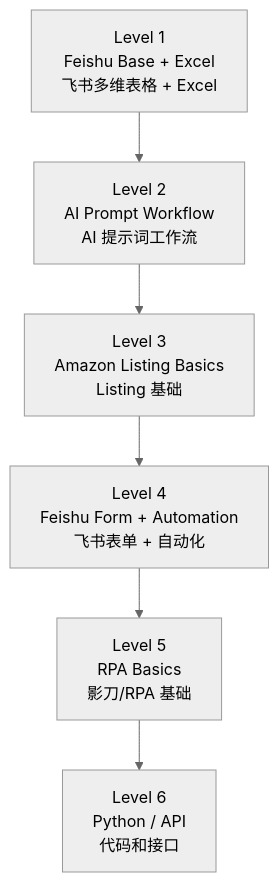
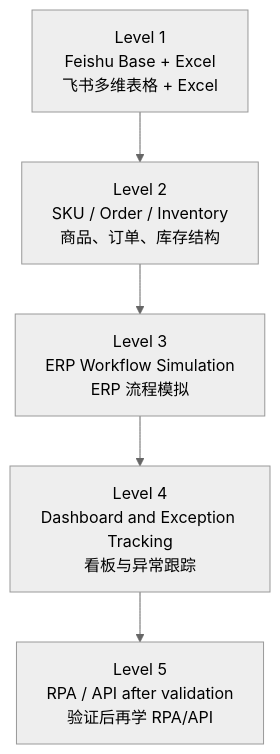
One commit to sai5585wo/work-plan changed the second of 3 diagrams in task-plans/01-overall-roadmap.md. Above: the diagram before and after it, drawn with Mermaid (neutral theme). The commit also changed other lines of this file and 7 other files, not shown here.

Commit message:
Update ERP workflow learning progress

````diff
--- a/task-plans/01-overall-roadmap.md
+++ b/task-plans/01-overall-roadmap.md
@@ -141,8 +130,7 @@
 ```mermaid
 flowchart TD
-    A["Level 1<br/>Feishu Base + Excel<br/>飞书多维表格 + Excel"] --> B["Level 2<br/>AI Prompt Workflow<br/>AI 提示词工作流"]
-    B --> C["Level 3<br/>Amazon Listing Basics<br/>Listing 基础"]
-    C --> D["Level 4<br/>Feishu Form + Automation<br/>飞书表单 + 自动化"]
-    D --> E["Level 5<br/>RPA Basics<br/>影刀/RPA 基础"]
-    E --> F["Level 6<br/>Python / API<br/>代码和接口"]
+    A["Level 1<br/>Feishu Base + Excel<br/>飞书多维表格 + Excel"] --> B["Level 2<br/>SKU / Order / Inventory<br/>商品、订单、库存结构"]
+    B --> C["Level 3<br/>ERP Workflow Simulation<br/>ERP 流程模拟"]
+    C --> D["Level 4<br/>Dashboard and Exception Tracking<br/>看板与异常跟踪"]
+    D --> E["Level 5<br/>RPA / API after validation<br/>验证后再学 RPA/API"]
 ```
````
